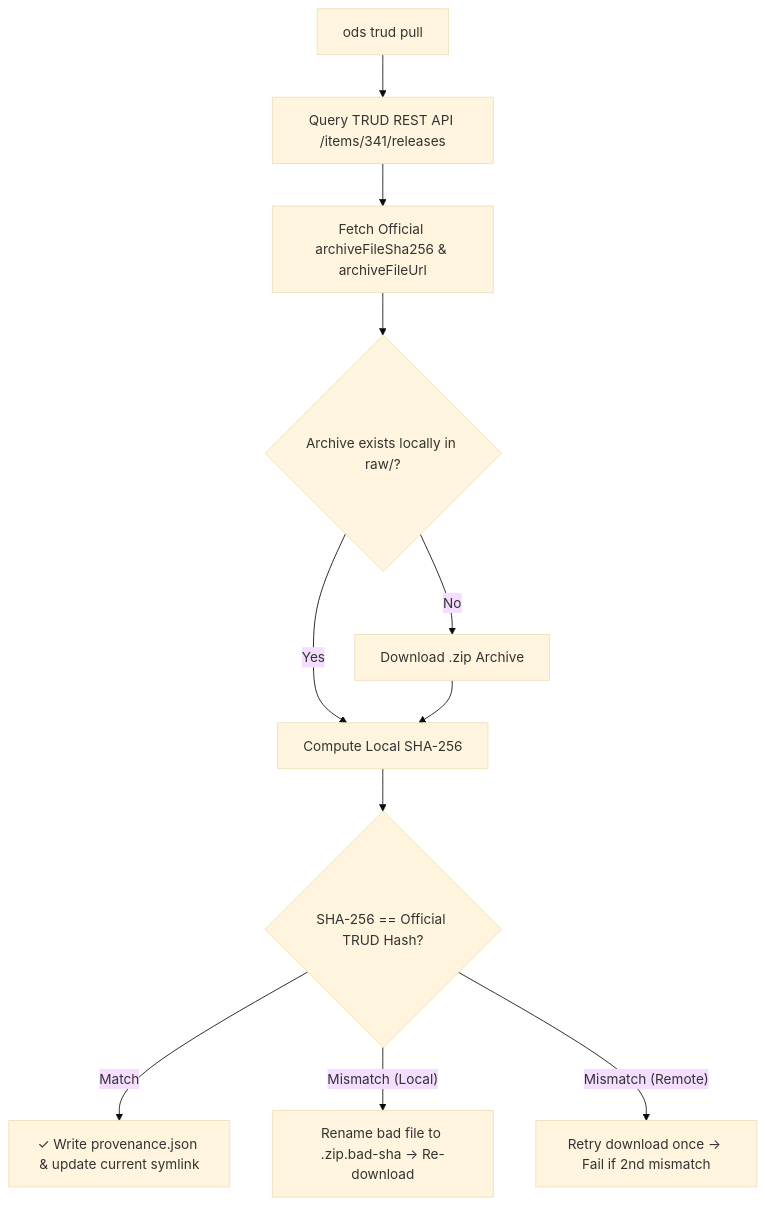
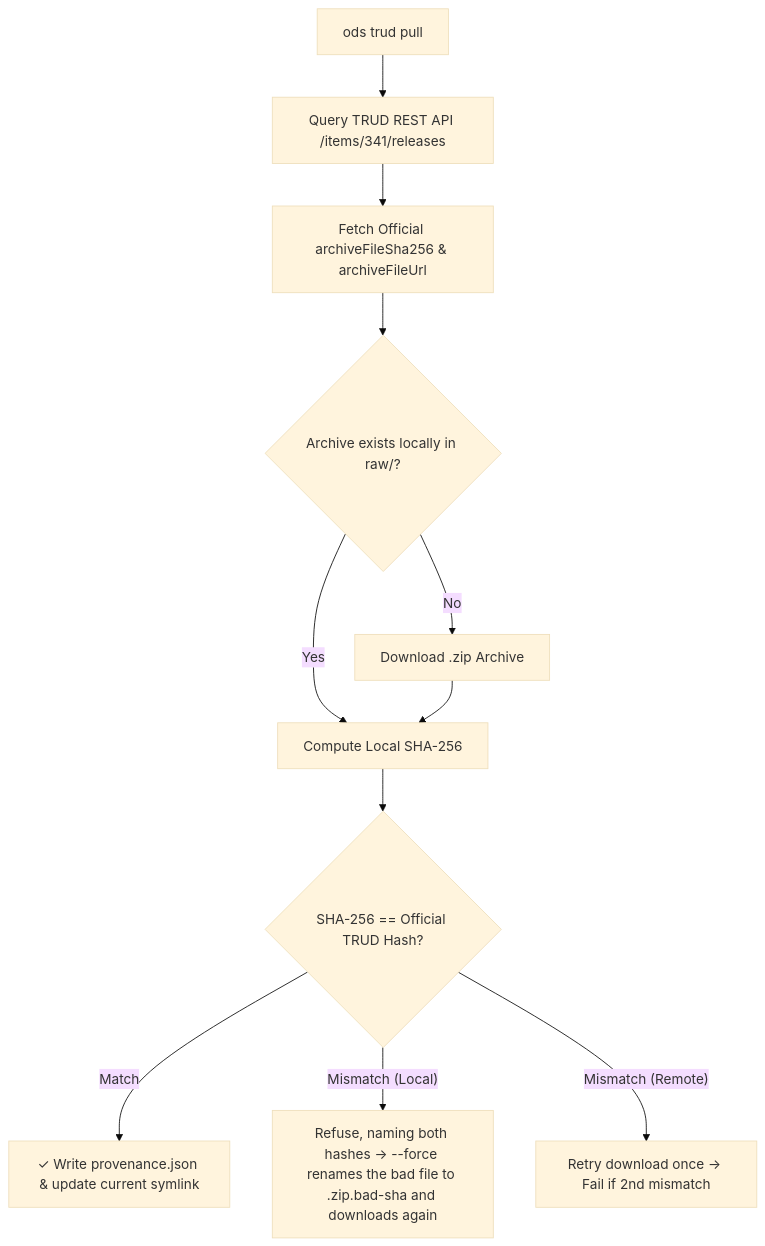
Before and after one commit to olizilla/ods: the diagram in docs/trud.md, drawn with Mermaid (base theme). The commit also changed other lines of this file and 27 other files, not shown here.

````diff
--- a/docs/trud.md
+++ b/docs/trud.md
@@ -119,13 +120,13 @@
 ```mermaid
 flowchart TD
     A[ods trud pull] --> B[Query TRUD REST API /items/341/releases]
     B --> C[Fetch Official archiveFileSha256 & archiveFileUrl]
     C --> D{Archive exists locally in raw/?}
     D -- Yes --> E[Compute Local SHA-256]
     D -- No --> F[Download .zip Archive]
     F --> E
     E --> G{SHA-256 == Official TRUD Hash?}
     G -- Match --> H[✓ Write provenance.json & update current symlink]
-    G -- Mismatch (Local) --> I[Rename bad file to .zip.bad-sha -> Re-download]
+    G -- Mismatch (Local) --> I[Refuse, naming both hashes -> --force renames the bad file to .zip.bad-sha and downloads again]
     G -- Mismatch (Remote) --> J[Retry download once -> Fail if 2nd mismatch]
 ```
````
